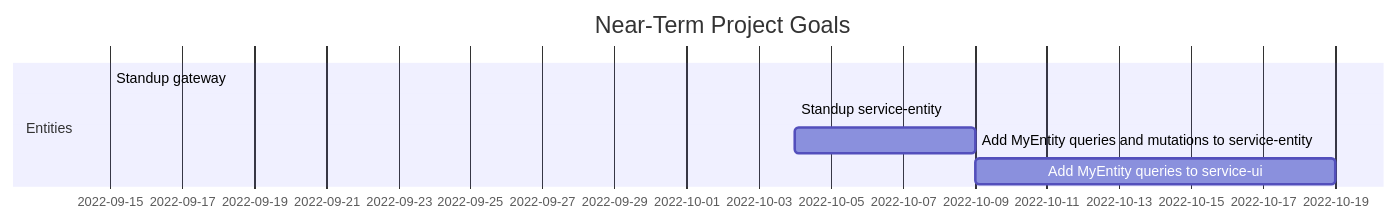
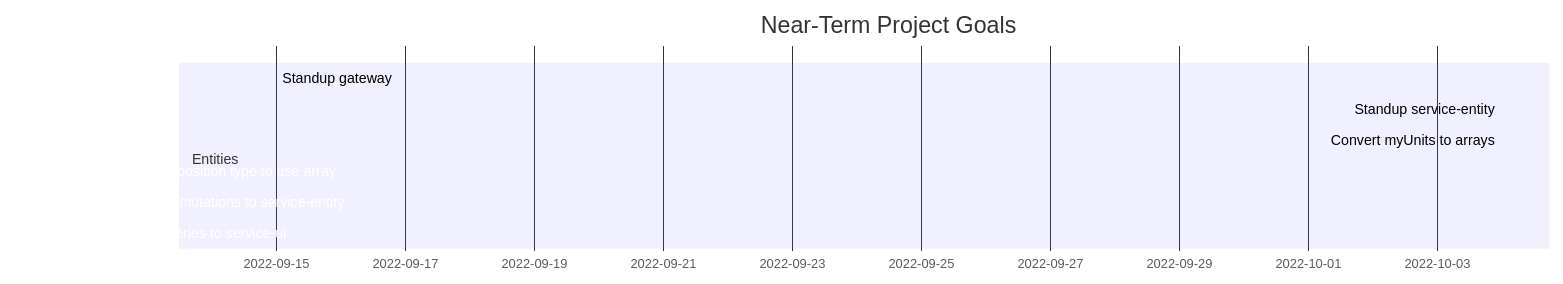
One commit to AndrewSamaha/schism-root changed the second of 2 diagrams in README.md. Above: the diagram before and after it, drawn with Mermaid. The commit also changed other lines of this file, not shown here.

````diff
--- a/README.md
+++ b/README.md
@@ -16,11 +16,13 @@
 ```mermaid
 gantt
 dateFormat  YYY-MM-DD
 title Near-Term Project Goals
 
 section Entities
 Standup gateway :done, des1, 2022-09-15, 2022-10-04
 Standup service-entity :done, des2, 2022-10-04, 2022-10-08
-Add MyEntity queries and mutations to service-entity : des3, after des2, 5d
-Add MyEntity queries to service-ui : des4, after des3, 10d
+Convert myUnits to arrays :done, des3, after des2, 2022-10-15
+Refactor service-entity's position type to use array : des5, after des4, 5d
+Add MyEntity queries and mutations to service-entity : des6, after des5, 5d
+Add MyEntity queries to service-ui : des6, after des5, 10d
 ```
````
